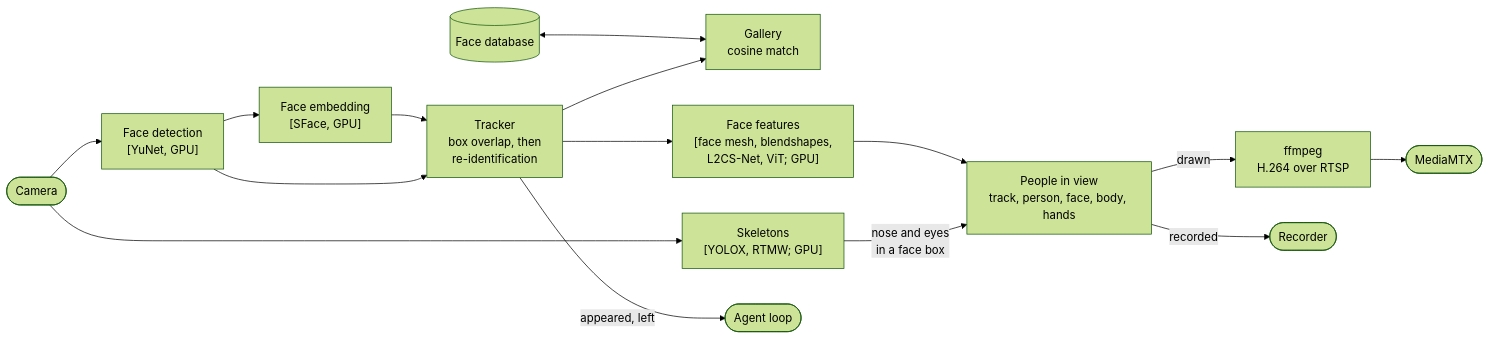
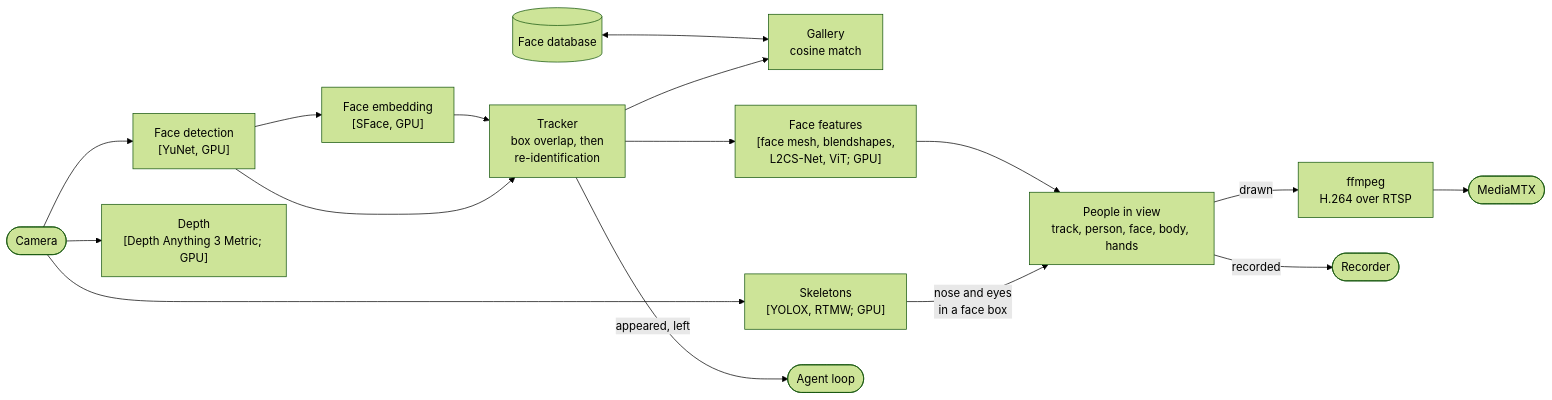
The fifth of 9 diagrams in docs/ARCHITECTURE.md (lokiledev/robot-voice-agent), drawn with Mermaid (forest theme) before and after one commit. The commit also changed other lines of this file and 15 other files, not shown here.

````diff
--- a/docs/ARCHITECTURE.md
+++ b/docs/ARCHITECTURE.md
@@ -161,16 +161,17 @@
 ```mermaid
 flowchart LR
     cam([Camera]) --> det["Face detection<br/>[YuNet, GPU]"]
     det --> emb["Face embedding<br/>[SFace, GPU]"]
     det & emb --> trk["Tracker<br/>box overlap, then<br/>re-identification"]
     trk --> gal["Gallery<br/>cosine match"]
     db[("Face database")] <--> gal
     trk --> feat["Face features<br/>[face mesh, blendshapes,<br/>L2CS-Net, ViT; GPU]"]
     cam --> body["Skeletons<br/>[YOLOX, RTMW; GPU]"]
+    cam --> depth["Depth<br/>[Depth Anything 3 Metric; GPU]"]
     body -- "nose and eyes<br/>in a face box" --> scene["People in view<br/>track, person, face, body, hands"]
     feat --> scene
     trk -- "appeared, left" --> loop([Agent loop])
     scene -- "drawn" --> ff["ffmpeg<br/>H.264 over RTSP"]
     scene -- "recorded" --> rec([Recorder])
     ff --> mtx([MediaMTX])
 ```
````
